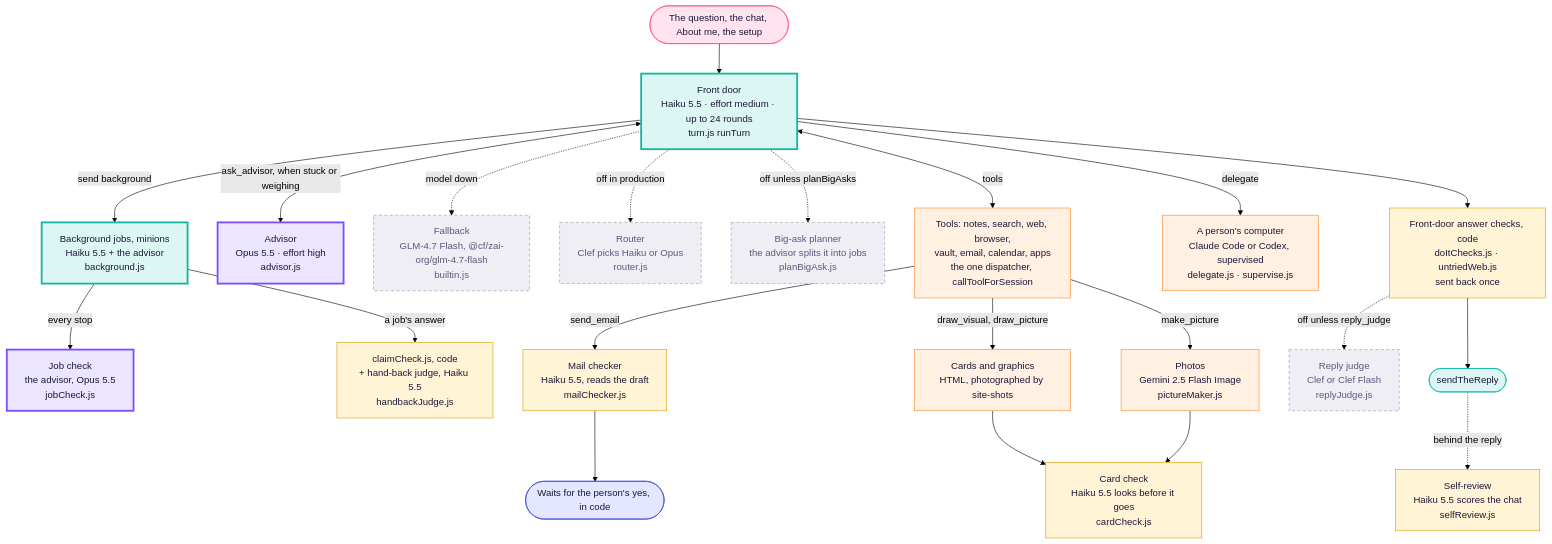
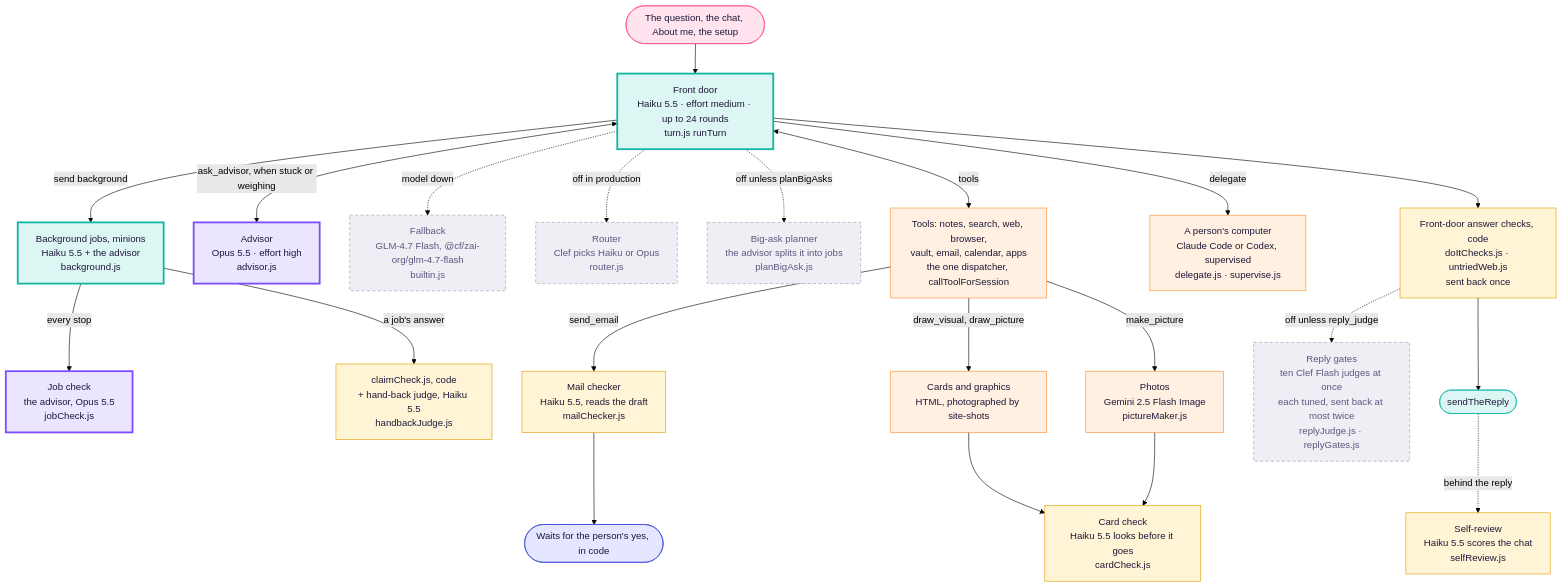
The third of 3 diagrams in docs/architecture/tex.md (Supa-Media/context), drawn with Mermaid (forest theme) before and after one commit. The commit also changed other lines of this file and 2 other files, not shown here.

Commit message:
Reply gates: each gate's tuned threshold from the Clef Flash scoring run
All ten gates clear the bar (at least 80% of faults caught, at most 10% of
good replies sent back, own and every other gate's). heard_them moves to 0.7,
so the send-back test scripts it above that. Tex diagram redrawn: the reply
judge box is the ten gates, still off in production.

Claude-Session: https://claude.ai/code/session_01SK2aydwiL4LiQ8576gLKAD

````diff
--- a/docs/architecture/tex.md
+++ b/docs/architecture/tex.md
@@ -89,36 +89,36 @@
 ```mermaid
 flowchart TB
   Q([The question, the chat, About me, the setup]):::you --> FD
   FD["Front door<br/>Haiku 5.5 · effort medium · up to 24 rounds<br/>turn.js runTurn"]:::haiku
   FD <-->|tools| T["Tools: notes, search, web, browser,<br/>vault, email, calendar, apps<br/>the one dispatcher, callToolForSession"]:::tool
   FD <-->|ask_advisor, when stuck or weighing| ADV["Advisor<br/>Opus 5.5 · effort high<br/>advisor.js"]:::opus
   FD -. model down .-> FB["Fallback<br/>GLM-4.7 Flash, @cf/zai-org/glm-4.7-flash<br/>builtin.js"]:::off
   FD -. off in production .-> RT["Router<br/>Clef picks Haiku or Opus<br/>router.js"]:::off
   FD -. off unless planBigAsks .-> PL["Big-ask planner<br/>the advisor splits it into jobs<br/>planBigAsk.js"]:::off
 
   FD -->|send background| JOB["Background jobs, minions<br/>Haiku 5.5 + the advisor<br/>background.js"]:::haiku
   JOB -->|every stop| JC["Job check<br/>the advisor, Opus 5.5<br/>jobCheck.js"]:::opus
   JOB -->|a job's answer| JCK["claimCheck.js, code<br/>+ hand-back judge, Haiku 5.5<br/>handbackJudge.js"]:::judge
   FD -->|delegate| DL["A person's computer<br/>Claude Code or Codex, supervised<br/>delegate.js · supervise.js"]:::tool
 
   T -->|send_email| MC["Mail checker<br/>Haiku 5.5, reads the draft<br/>mailChecker.js"]:::judge
   MC --> YES([Waits for the person's yes, in code]):::rail
   T -->|draw_visual, draw_picture| PIC["Cards and graphics<br/>HTML, photographed by site-shots"]:::tool
   T -->|make_picture| IMG["Photos<br/>Gemini 2.5 Flash Image<br/>pictureMaker.js"]:::tool
   PIC --> CC["Card check<br/>Haiku 5.5 looks before it goes<br/>cardCheck.js"]:::judge
   IMG --> CC
 
   FD --> CHK["Front-door answer checks, code<br/>doItChecks.js · untriedWeb.js<br/>sent back once"]:::judge
-  CHK -. off unless reply_judge .-> RJ["Reply judge<br/>Clef or Clef Flash<br/>replyJudge.js"]:::off
+  CHK -. off unless reply_judge .-> RJ["Reply gates<br/>ten Clef Flash judges at once<br/>each tuned, sent back at most twice<br/>replyJudge.js · replyGates.js"]:::off
   CHK --> SEND([sendTheReply]):::door
   SEND -. behind the reply .-> SR["Self-review<br/>Haiku 5.5 scores the chat<br/>selfReview.js"]:::judge
 
   classDef you fill:#ffe3ee,stroke:#ff4f8b,color:#1d1838
   classDef haiku fill:#dcf7f3,stroke:#11b5a4,stroke-width:3px,color:#1d1838
   classDef opus fill:#ece5ff,stroke:#7b4dff,stroke-width:3px,color:#1d1838
   classDef judge fill:#fff5d6,stroke:#e09a00,color:#1d1838
   classDef tool fill:#fff0e2,stroke:#ff8a2a,color:#1d1838
   classDef rail fill:#e4e7ff,stroke:#3c4bd6,color:#1d1838
   classDef door fill:#dcf7f3,stroke:#11b5a4,color:#1d1838
   classDef off fill:#efeef4,stroke:#9a97b0,stroke-dasharray:5 4,color:#5d5880
 ```
````
